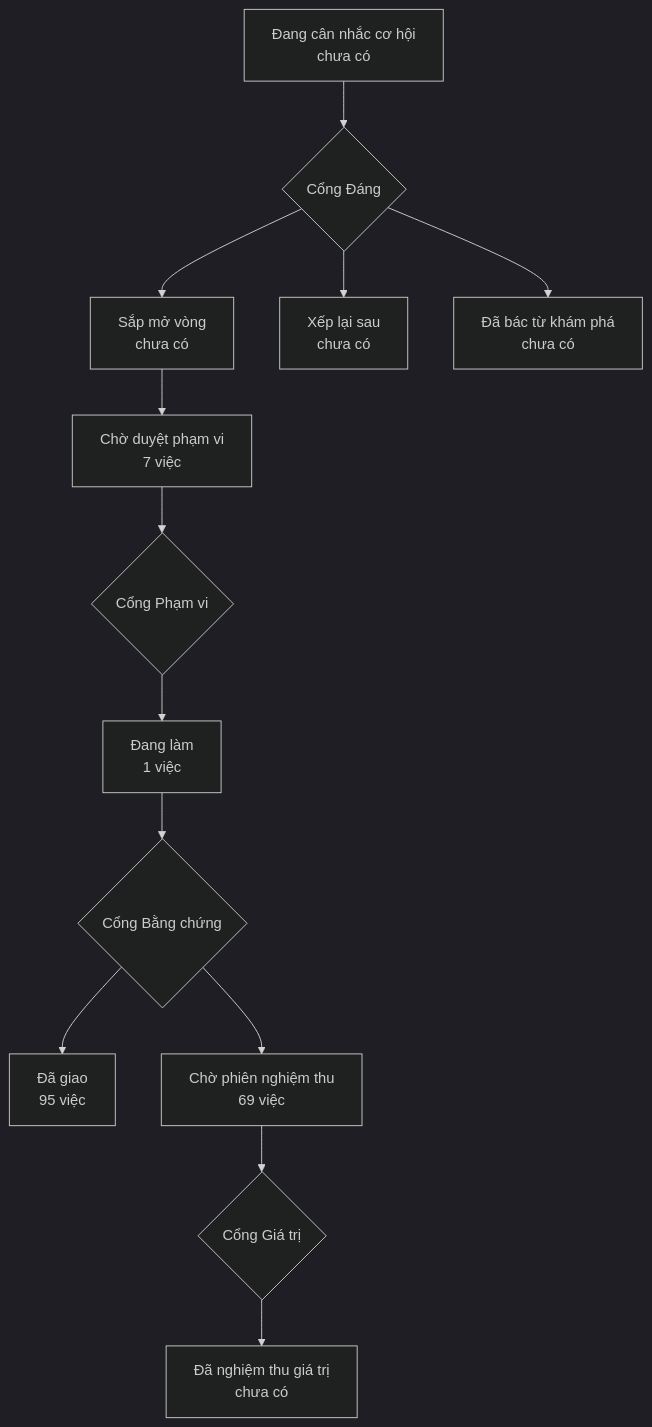
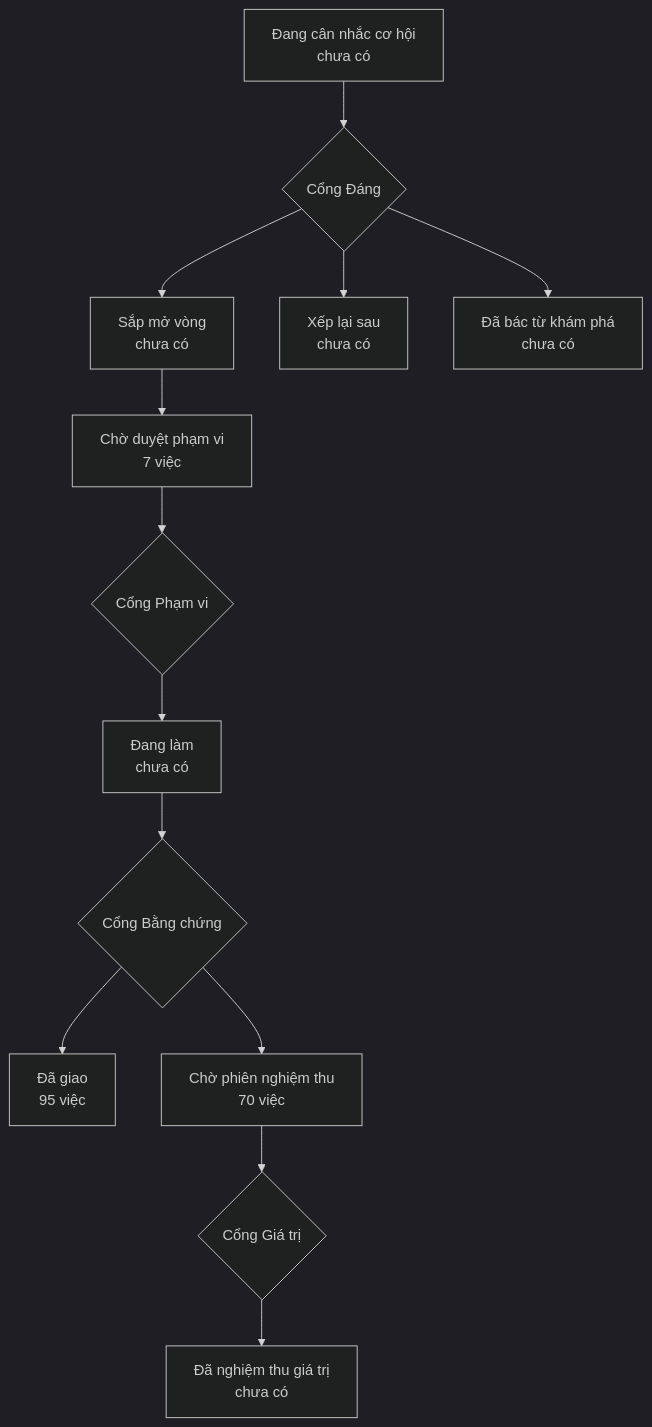
One commit to phanlemanh/onehub-invest changed the diagram in PRODUCT-MAP.md. Above: the diagram before and after it, drawn with Mermaid (dark theme). The commit also changed other lines of this file and 5 other files, not shown here.

````diff
--- a/PRODUCT-MAP.md
+++ b/PRODUCT-MAP.md
@@ -7,12 +7,12 @@
 ```mermaid
 flowchart TD
   A["Đang cân nhắc cơ hội<br/>chưa có"] --> GD{"Cổng Đáng"}
   GD --> B["Sắp mở vòng<br/>chưa có"]
   GD --> XL["Xếp lại sau<br/>chưa có"]
   GD --> DB["Đã bác từ khám phá<br/>chưa có"]
   B --> CD["Chờ duyệt phạm vi<br/>7 việc"] --> GP{"Cổng Phạm vi"}
-  GP --> DL["Đang làm<br/>1 việc"] --> GB{"Cổng Bằng chứng"}
+  GP --> DL["Đang làm<br/>chưa có"] --> GB{"Cổng Bằng chứng"}
   GB --> DG["Đã giao<br/>95 việc"]
-  GB --> CN["Chờ phiên nghiệm thu<br/>69 việc"] --> GG{"Cổng Giá trị"}
+  GB --> CN["Chờ phiên nghiệm thu<br/>70 việc"] --> GG{"Cổng Giá trị"}
   GG --> NT["Đã nghiệm thu giá trị<br/>chưa có"]
 ```
````
